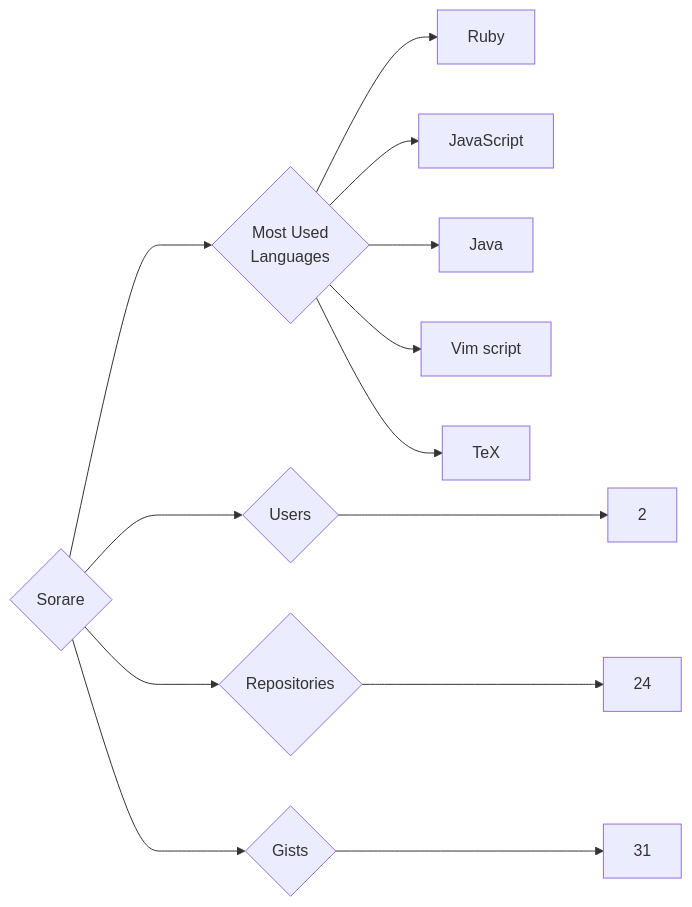
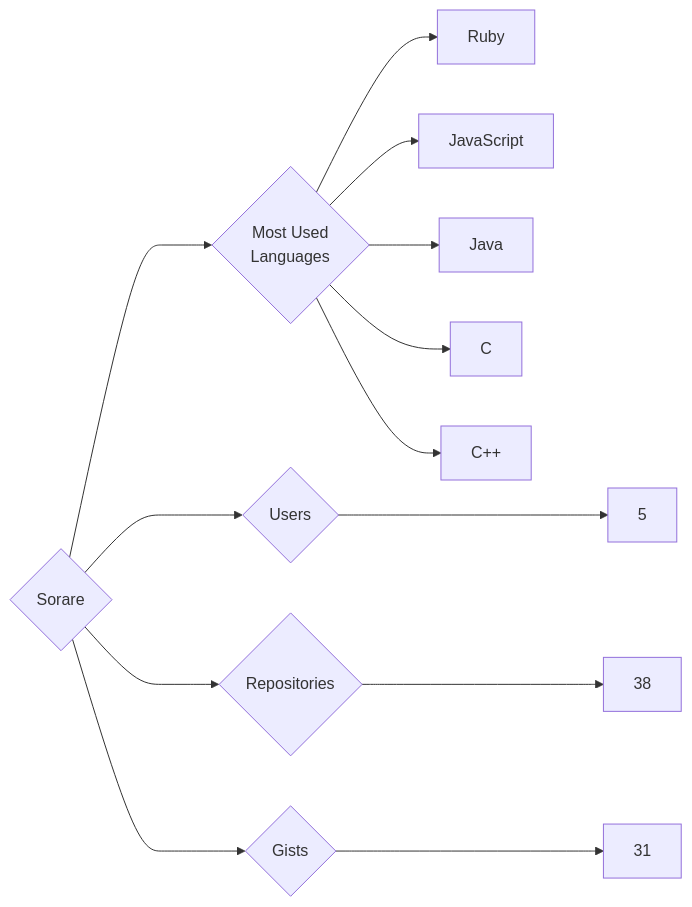
Before and after one commit to trickest/insiders: the diagram in targets/Sorare/README.md, drawn with Mermaid. The commit also changed 823 other files, not shown here.

````diff
--- a/targets/Sorare/README.md
+++ b/targets/Sorare/README.md
@@ -3,13 +3,13 @@
 ```mermaid
 graph LR
 COMPANY_NAME{Sorare}
-COMPANY_NAME ---> U{Users} ---> UN[2]
-COMPANY_NAME ---> R{Repositories} ---> RN[24]
+COMPANY_NAME ---> U{Users} ---> UN[5]
+COMPANY_NAME ---> R{Repositories} ---> RN[38]
 COMPANY_NAME ---> G{Gists} ---> GN[31]
 COMPANY_NAME ---> ML{Most Used<br>Languages}
 ML --> Ruby[Ruby]
 ML --> JavaScript[JavaScript]
 ML --> Java[Java]
-ML --> Vim_script[Vim script]
-ML --> TeX[TeX]
+ML --> C[C]
+ML --> C++[C++]
 ```
````
